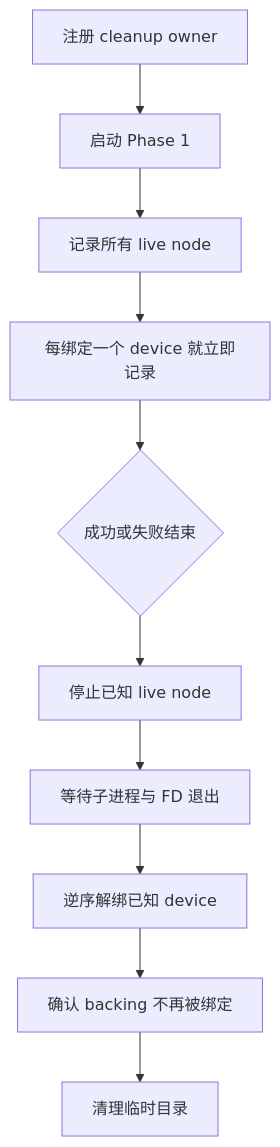
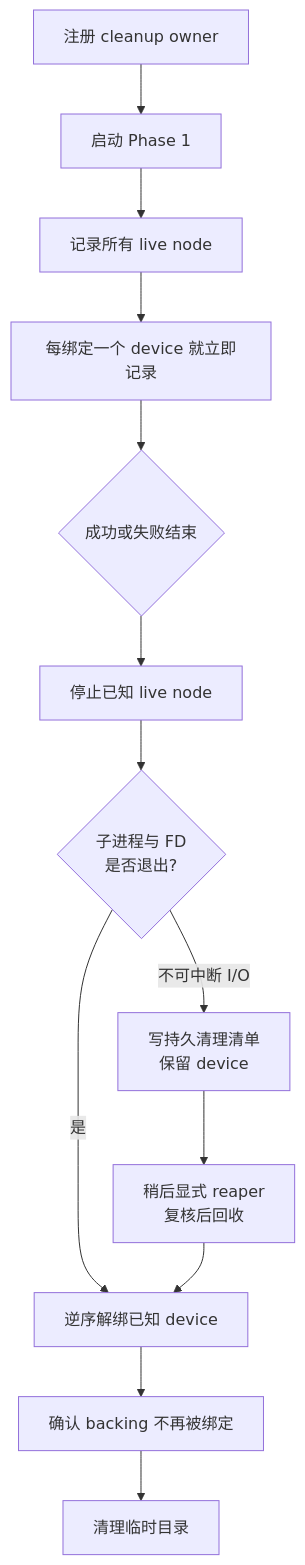
One commit to sqlrush/linkdb changed the fourth of 4 diagrams in docs/architecture/four-node-two-stage-acceptance/02-ordering-and-failure-handling.md. Above: the diagram before and after it, drawn with Mermaid. The commit also changed other lines of this file and 4 other files, not shown here.

````diff
--- a/docs/architecture/four-node-two-stage-acceptance/02-ordering-and-failure-handling.md
+++ b/docs/architecture/four-node-two-stage-acceptance/02-ordering-and-failure-handling.md
@@ -90,12 +90,15 @@
 ```mermaid
 flowchart TD
     A[注册 cleanup owner] --> B[启动 Phase 1]
     B --> C[记录所有 live node]
     C --> D[每绑定一个 device 就立即记录]
     D --> E{成功或失败结束}
     E --> F[停止已知 live node]
-    F --> G[等待子进程与 FD 退出]
-    G --> H[逆序解绑已知 device]
+    F --> G{子进程与 FD<br/>是否退出?}
+    G -- 是 --> H[逆序解绑已知 device]
+    G -- 不可中断 I/O --> M[写持久清理清单<br/>保留 device]
+    M --> R[稍后显式 reaper<br/>复核后回收]
+    R --> H
     H --> I[确认 backing 不再被绑定]
     I --> J[清理临时目录]
 ```
````
